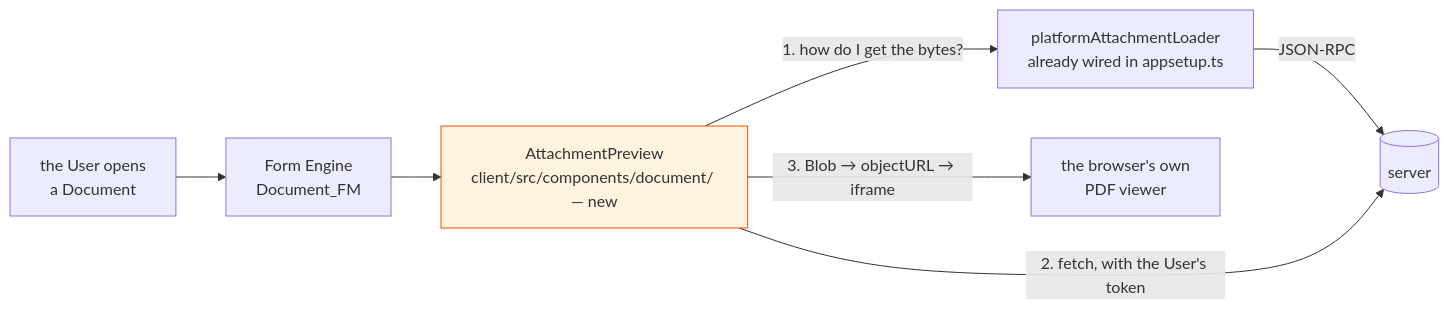
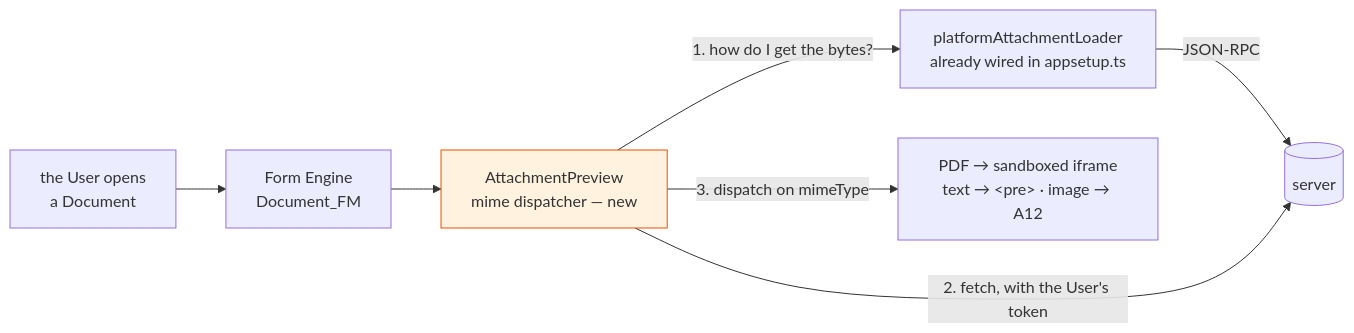
The first of 2 diagrams in specs/changes/preview-the-attachment/architecture.md (tillg/assistants), drawn with Mermaid before and after one commit. The commit also changed other lines of this file and 120 other files, not shown here.

First line of the commit message:
feat: dynamic operations, attachment preview, and aggressive-review fixes

````diff
--- a/specs/changes/preview-the-attachment/architecture.md
+++ b/specs/changes/preview-the-attachment/architecture.md
@@ -7,11 +7,11 @@
 ```mermaid
 flowchart LR
     U["the User opens<br/>a Document"] --> FE["Form Engine<br/>Document_FM"]
-    FE --> AP["AttachmentPreview<br/>client/src/components/document/ — new"]
+    FE --> AP["AttachmentPreview<br/>mime dispatcher — new"]
     AP -->|"1. how do I get the bytes?"| L["platformAttachmentLoader<br/>already wired in appsetup.ts"]
     L -->|"JSON-RPC"| S[("server")]
     AP -->|"2. fetch, with the User's token"| S
-    AP -->|"3. Blob → objectURL → iframe"| V["the browser's own<br/>PDF viewer"]
+    AP -->|"3. dispatch on mimeType"| V["PDF → sandboxed iframe<br/>text → &lt;pre&gt; · image → A12"]
 
     style AP fill:#fff3e0,stroke:#e65100
 ```
````
